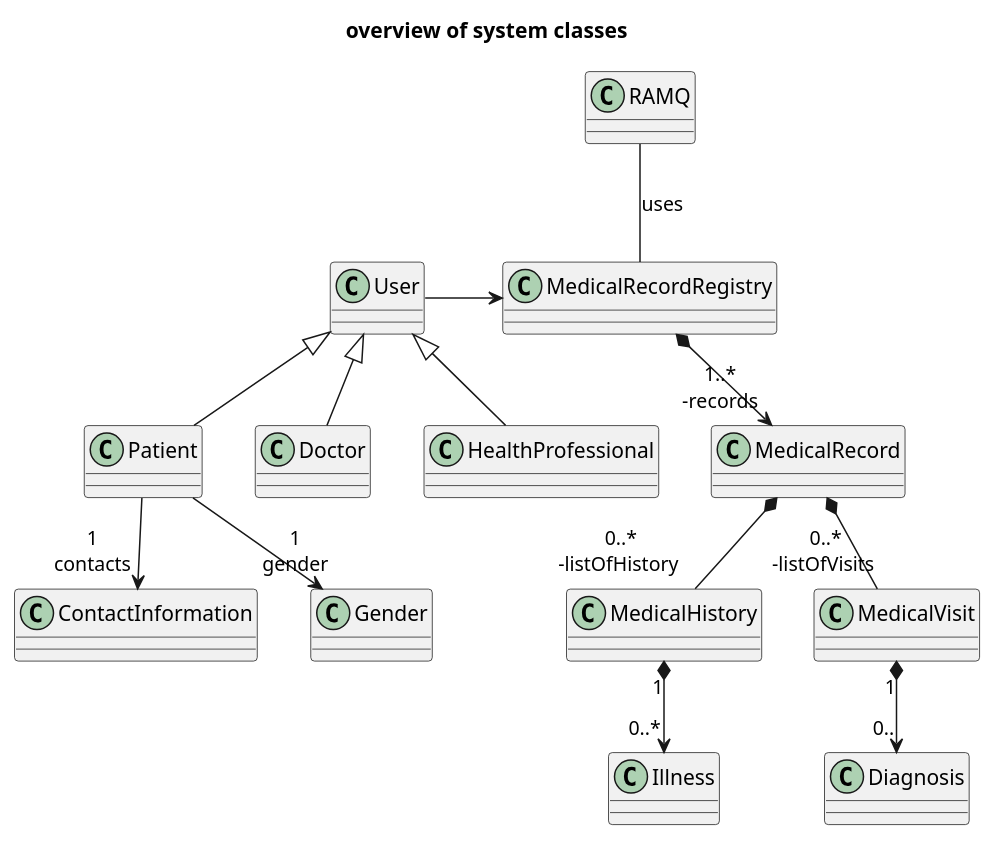
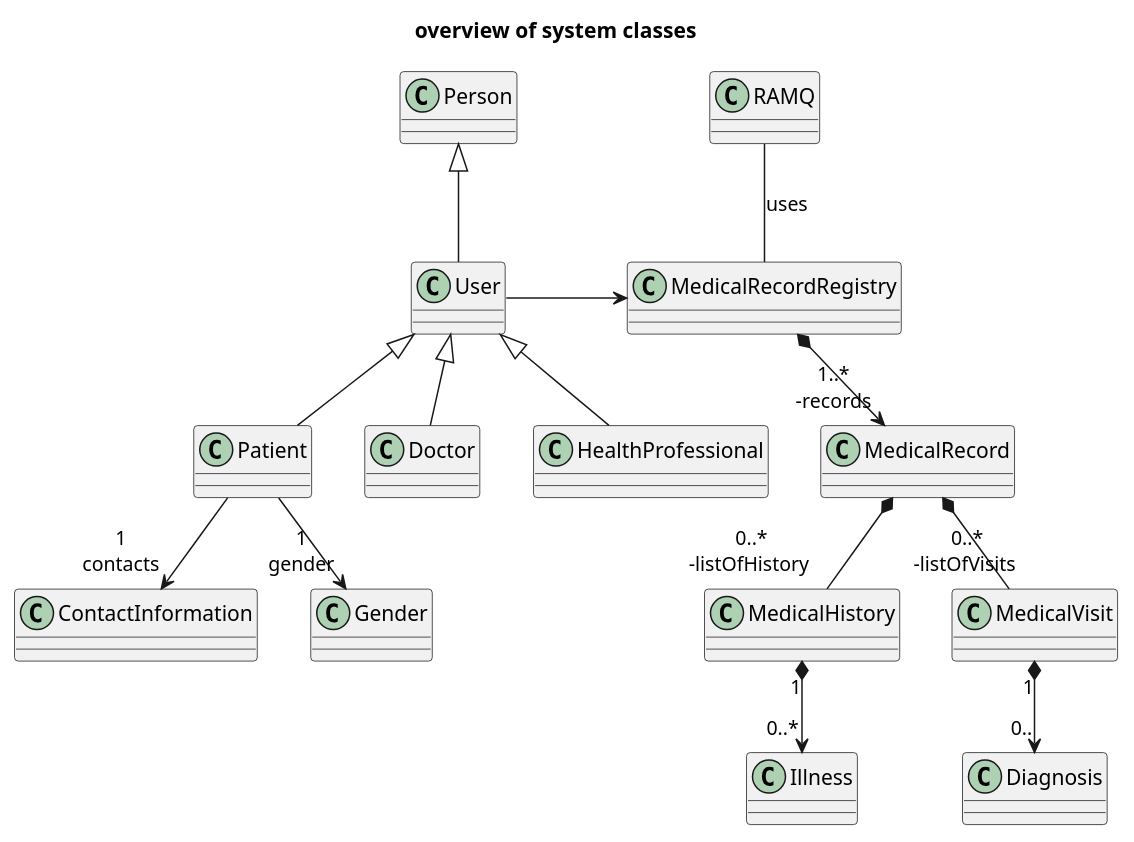
Before and after one commit to CyberFery/med: the first of 4 diagrams in _models/class-diagram.puml, drawn with PlantUML. The commit also changed other lines of this file, not shown here.

Commit message:
Correct typo in class-diagram

```diff
--- a/_models/class-diagram.puml
+++ b/_models/class-diagram.puml
@@ -1,48 +1,50 @@
 @startuml systemDiagram
 
 title "overview of system classes"
 
-class User 
+class Person 
+
+class User extends Person
 
 class Patient extends User
 
 class ContactInformation
 
 class Doctor extends User
 
 class HealthProfessional extends User
 
 class RAMQ 
 
 RAMQ -- MedicalRecordRegistry : uses
 
 class MedicalRecordRegistry 
 
 class MedicalRecord 
 
 class MedicalHistory{
 }
 
 class Illness{
 
 }
 
 class MedicalVisit{
 
 }
 
 class Diagnosis {
 
 }
 
 User -> MedicalRecordRegistry
 MedicalRecordRegistry *--> "1..*\n-records" MedicalRecord
 MedicalVisit "1" *--> "0.." Diagnosis
 MedicalHistory "1" *--> "0..*" Illness
 MedicalRecord *-- "0..*\n -listOfVisits  " MedicalVisit
 MedicalRecord *-- "0..*\n -listOfHistory  " MedicalHistory
 
 Patient --> "1\ngender" Gender
 Patient --> "1\ncontacts" ContactInformation
 
 @enduml
```
